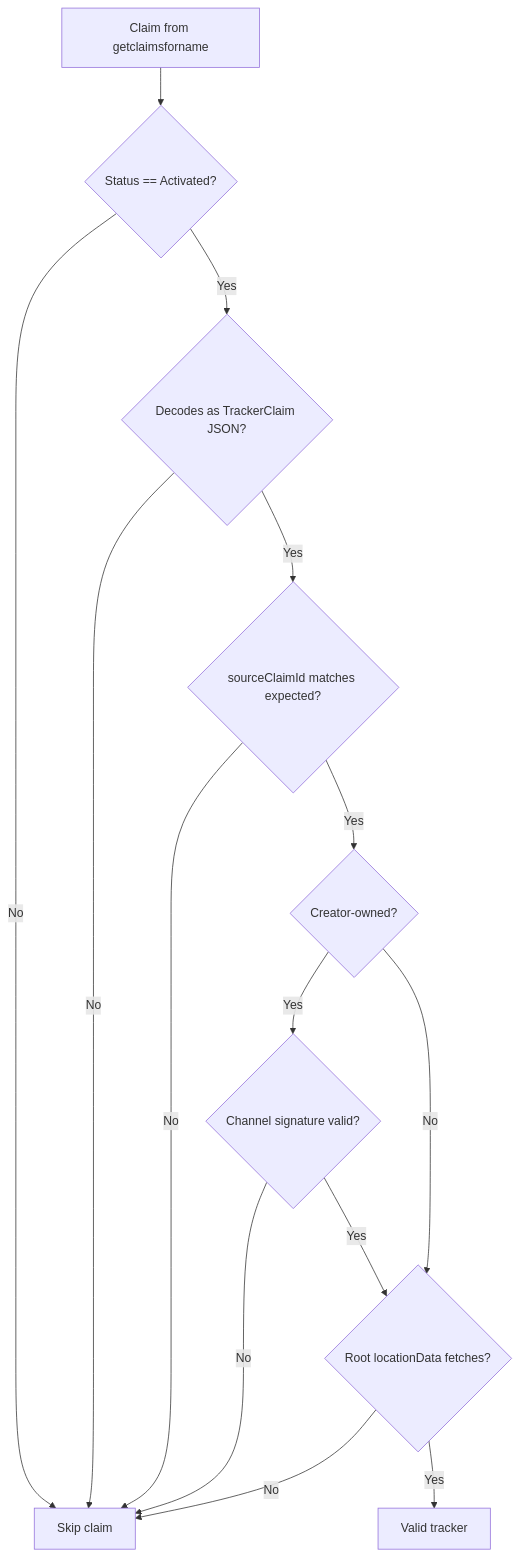
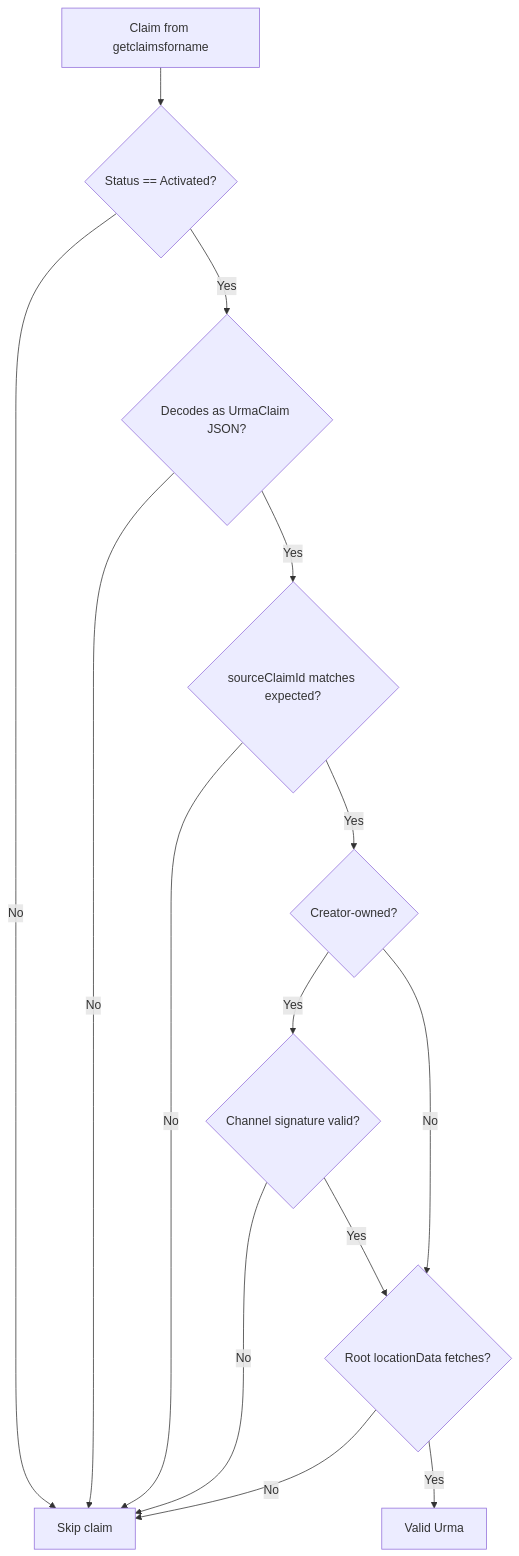
One commit to LumeWeb/tracker-protocol changed the second of 3 diagrams in docs/claim-naming.md. Above: the diagram before and after it, drawn with Mermaid. The commit also changed other lines of this file and 19 other files, not shown here.

````diff
--- a/docs/claim-naming.md
+++ b/docs/claim-naming.md
@@ -194,17 +194,17 @@
 ```mermaid
 flowchart TD
     Start[Claim from getclaimsforname] --> S1{Status == Activated?}
     S1 -->|No| Skip[Skip claim]
-    S1 -->|Yes| S2{Decodes as TrackerClaim JSON?}
+    S1 -->|Yes| S2{Decodes as UrmaClaim JSON?}
     S2 -->|No| Skip
     S2 -->|Yes| S3{sourceClaimId matches expected?}
     S3 -->|No| Skip
     S3 -->|Yes| S4{Creator-owned?}
     S4 -->|Yes| S4a{Channel signature valid?}
     S4 -->|No| S5
     S4a -->|No| Skip
     S4a -->|Yes| S5
     S5{Root locationData fetches?}
     S5 -->|No| Skip
-    S5 -->|Yes| Valid[Valid tracker]
+    S5 -->|Yes| Valid[Valid Urma]
 ```
````
